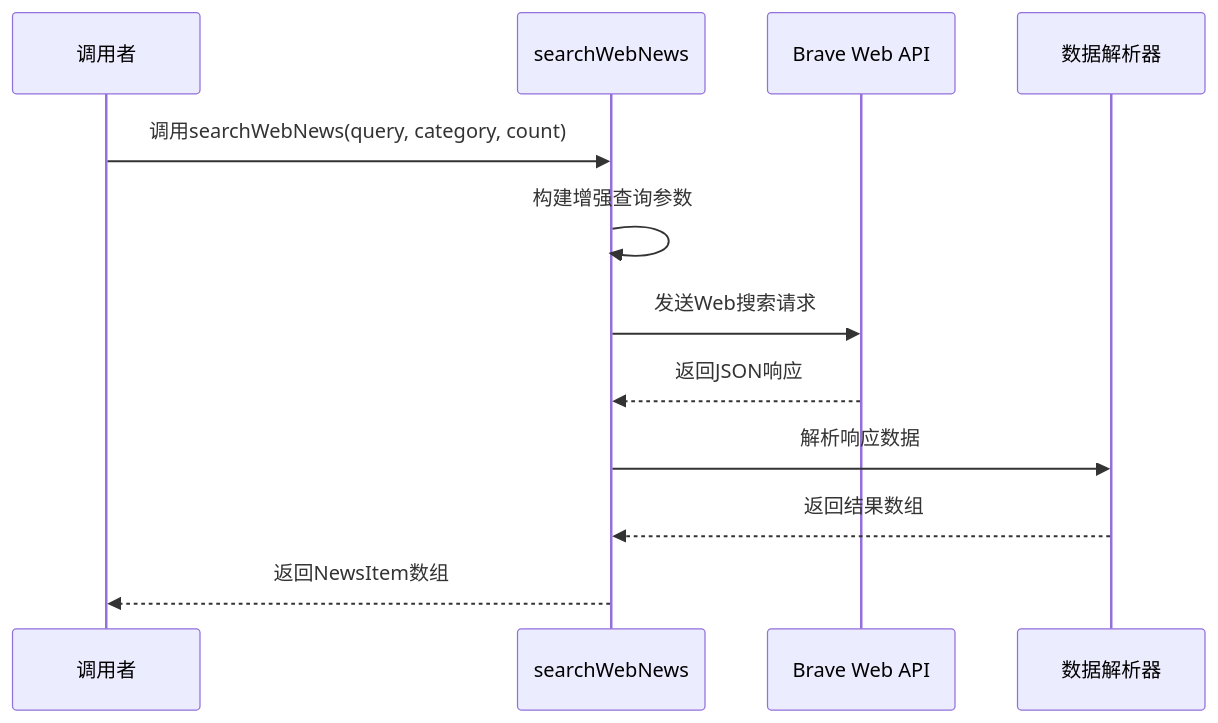
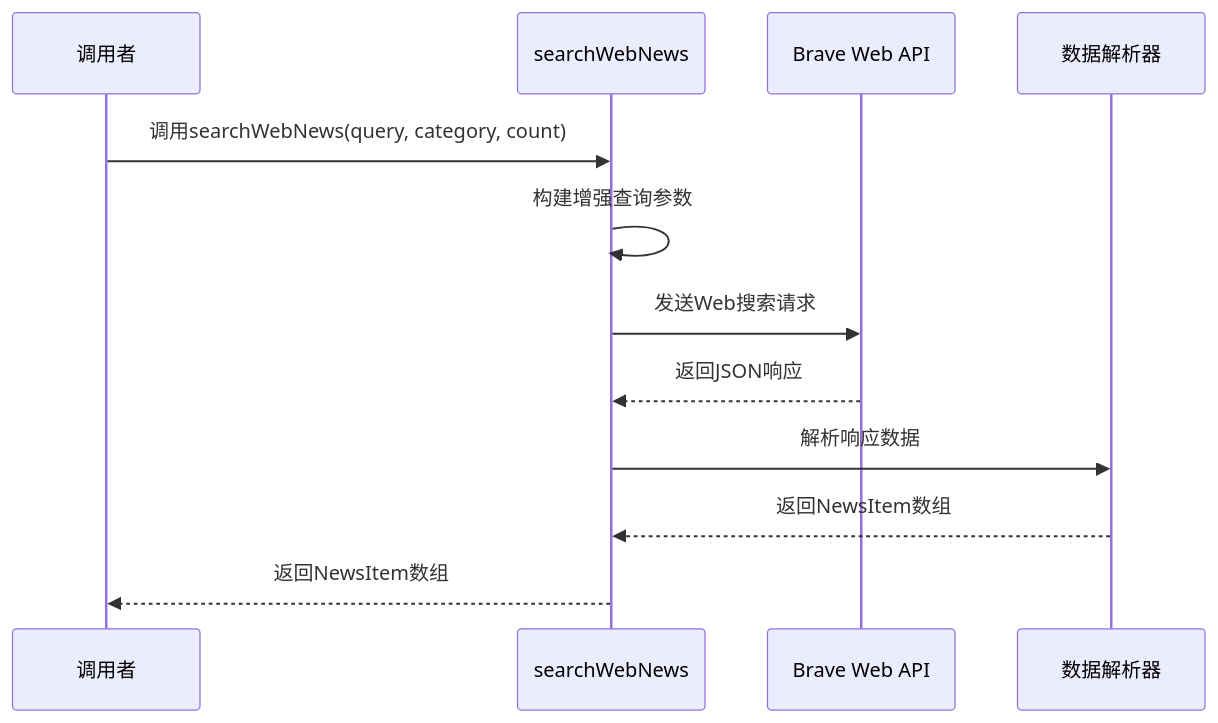
The ninth of 13 diagrams in .qoder/repowiki/zh/content/核心功能模块/新闻数据获取系统.md (zuozuoliu740-cmd/xianxiong-news), drawn with Mermaid before and after one commit. The commit also changed other lines of this file and 72 other files, not shown here.

````diff
--- a/.qoder/repowiki/zh/content/核心功能模块/新闻数据获取系统.md
+++ b/.qoder/repowiki/zh/content/核心功能模块/新闻数据获取系统.md
@@ -711,14 +458,14 @@
 ```mermaid
 sequenceDiagram
 participant Caller as 调用者
 participant WebSearch as searchWebNews
 participant BraveAPI as Brave Web API
 participant Parser as 数据解析器
 Caller->>WebSearch : 调用searchWebNews(query, category, count)
 WebSearch->>WebSearch : 构建增强查询参数
 WebSearch->>BraveAPI : 发送Web搜索请求
 BraveAPI-->>WebSearch : 返回JSON响应
 WebSearch->>Parser : 解析响应数据
-Parser-->>WebSearch : 返回结果数组
+Parser-->>WebSearch : 返回NewsItem数组
 WebSearch-->>Caller : 返回NewsItem数组
 ```
````
